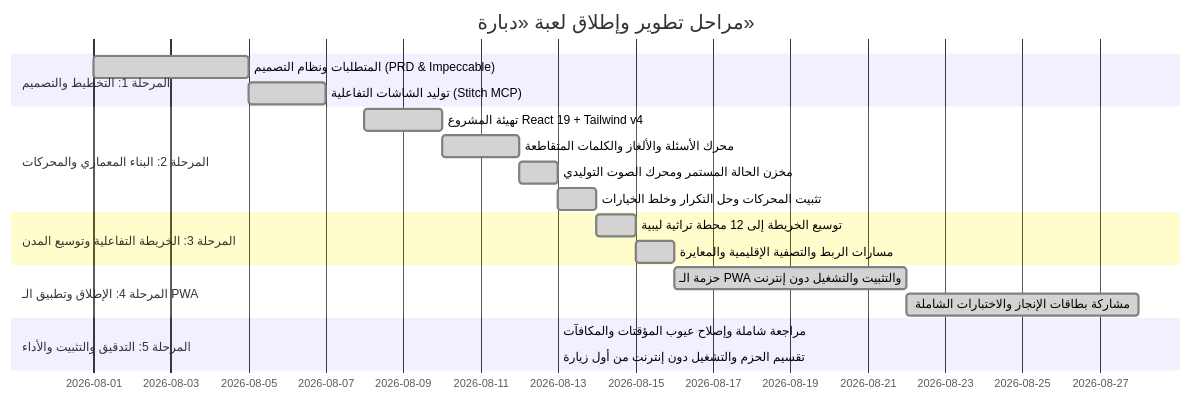
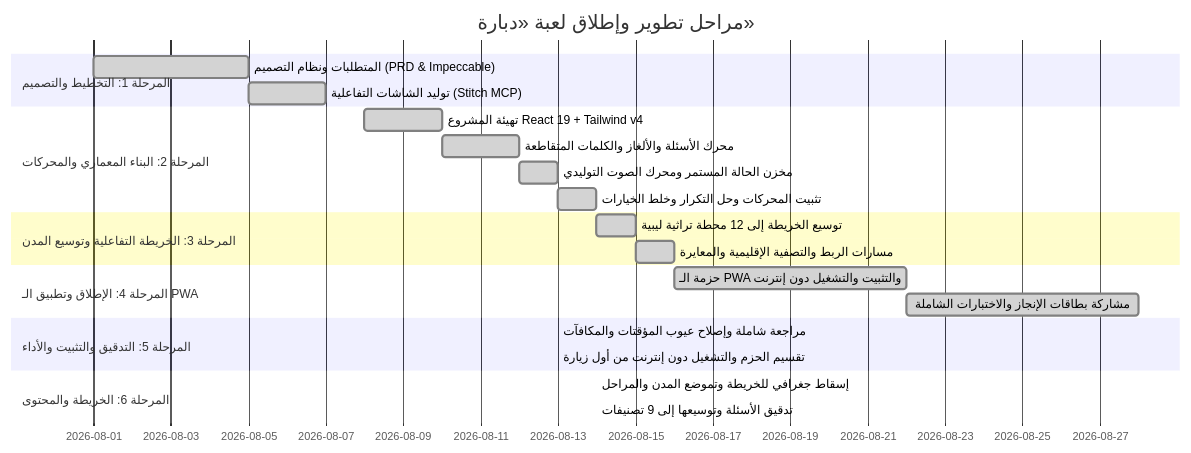
Before and after one commit to malgaroshy-maker/Dbara-game: the diagram in roadmap.md, drawn with Mermaid. The commit also changed other lines of this file and 3 other files, not shown here.

````diff
--- a/roadmap.md
+++ b/roadmap.md
@@ -7,22 +7,25 @@
 ```mermaid
 gantt
     title مراحل تطوير وإطلاق لعبة «دبارة»
     dateFormat  YYYY-MM-DD
     section المرحلة 1: التخطيط والتصميم
     المتطلبات ونظام التصميم (PRD & Impeccable) :done, des1, 2026-08-01, 2026-08-05
     توليد الشاشات التفاعلية (Stitch MCP)      :done, des2, 2026-08-05, 2026-08-07
     section المرحلة 2: البناء المعماري والمحركات
     تهيئة المشروع React 19 + Tailwind v4      :done, dev1, 2026-08-08, 2026-08-10
     محرك الأسئلة والألغاز والكلمات المتقاطعة  :done, dev2, 2026-08-10, 2026-08-12
     مخزن الحالة المستمر ومحرك الصوت التوليدي :done, dev3, 2026-08-12, 2026-08-13
     تثبيت المحركات وحل التكرار وخلط الخيارات  :done, dev4, 2026-08-13, 2026-08-14
     section المرحلة 3: الخريطة التفاعلية وتوسيع المدن
     توسيع الخريطة إلى 12 محطة تراثية ليبية    :done, map1, 2026-08-14, 2026-08-15
     مسارات الربط والتصفية الإقليمية والمعايرة :done, map2, 2026-08-15, 2026-08-16
     section المرحلة 4: الإطلاق وتطبيق الـ PWA
     حزمة الـ PWA والتثبيت والتشغيل دون إنترنت :done, pwa1, 2026-08-16, 2026-08-22
     مشاركة بطاقات الإنجاز والاختبارات الشاملة :done, pwa2, 2026-08-22, 2026-08-28
     section المرحلة 5: التدقيق والتثبيت والأداء
     مراجعة شاملة وإصلاح عيوب المؤقتات والمكافآت :done, qa1, 2026-08-13, 2026-08-13
     تقسيم الحزم والتشغيل دون إنترنت من أول زيارة :done, qa2, 2026-08-13, 2026-08-13
+    section المرحلة 6: الخريطة والمحتوى
+    إسقاط جغرافي للخريطة وتموضع المدن والمراحل  :done, map3, 2026-08-14, 2026-08-14
+    تدقيق الأسئلة وتوسيعها إلى 9 تصنيفات         :done, cnt1, 2026-08-14, 2026-08-14
 ```
````
